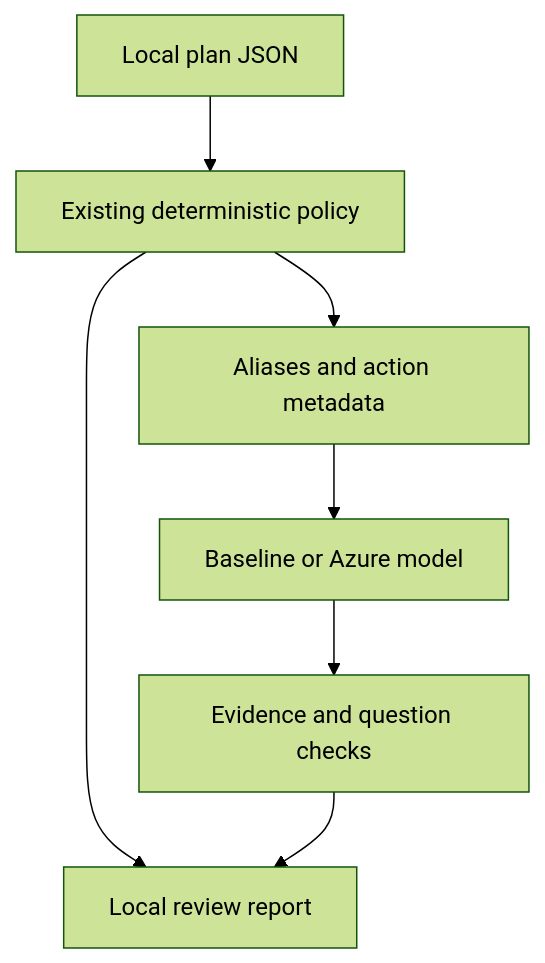
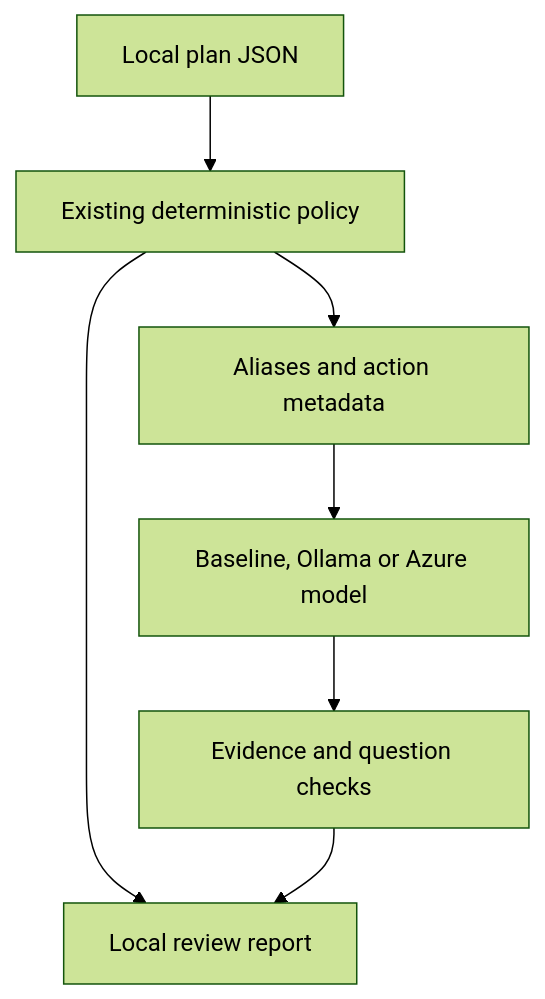
The diagram in docs/ai-review.md (baileynyx/azure-platform-foundation), drawn with Mermaid (forest theme) before and after one commit. The commit also changed other lines of this file and 6 other files, not shown here.

````diff
--- a/docs/ai-review.md
+++ b/docs/ai-review.md
@@ -59,9 +63,9 @@
 ```mermaid
 flowchart TD
   P["Local plan JSON"] --> G["Existing deterministic policy"]
   G --> S["Aliases and action metadata"]
-  S --> M["Baseline or Azure model"]
+  S --> M["Baseline, Ollama or Azure model"]
   M --> V["Evidence and question checks"]
   G --> R["Local review report"]
   V --> R
 ```
````
